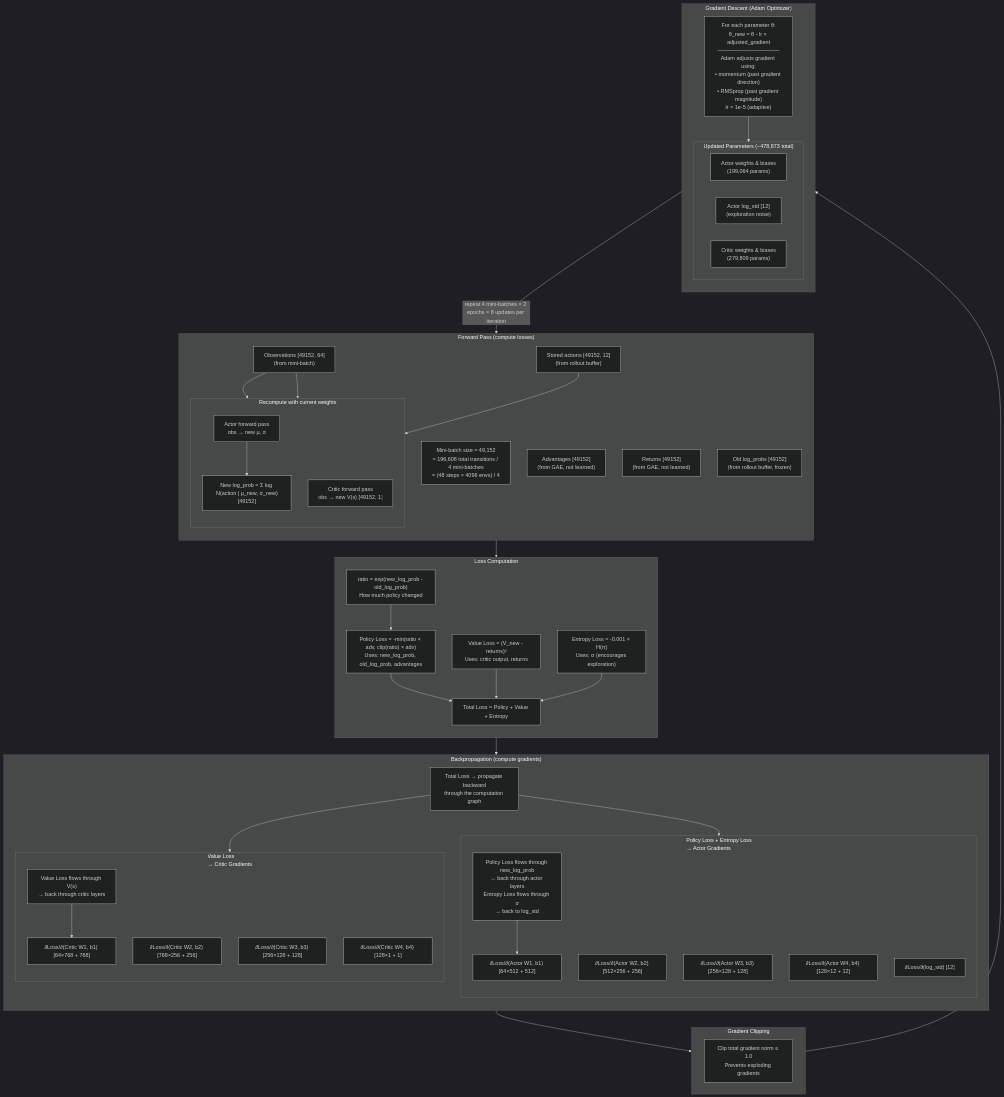
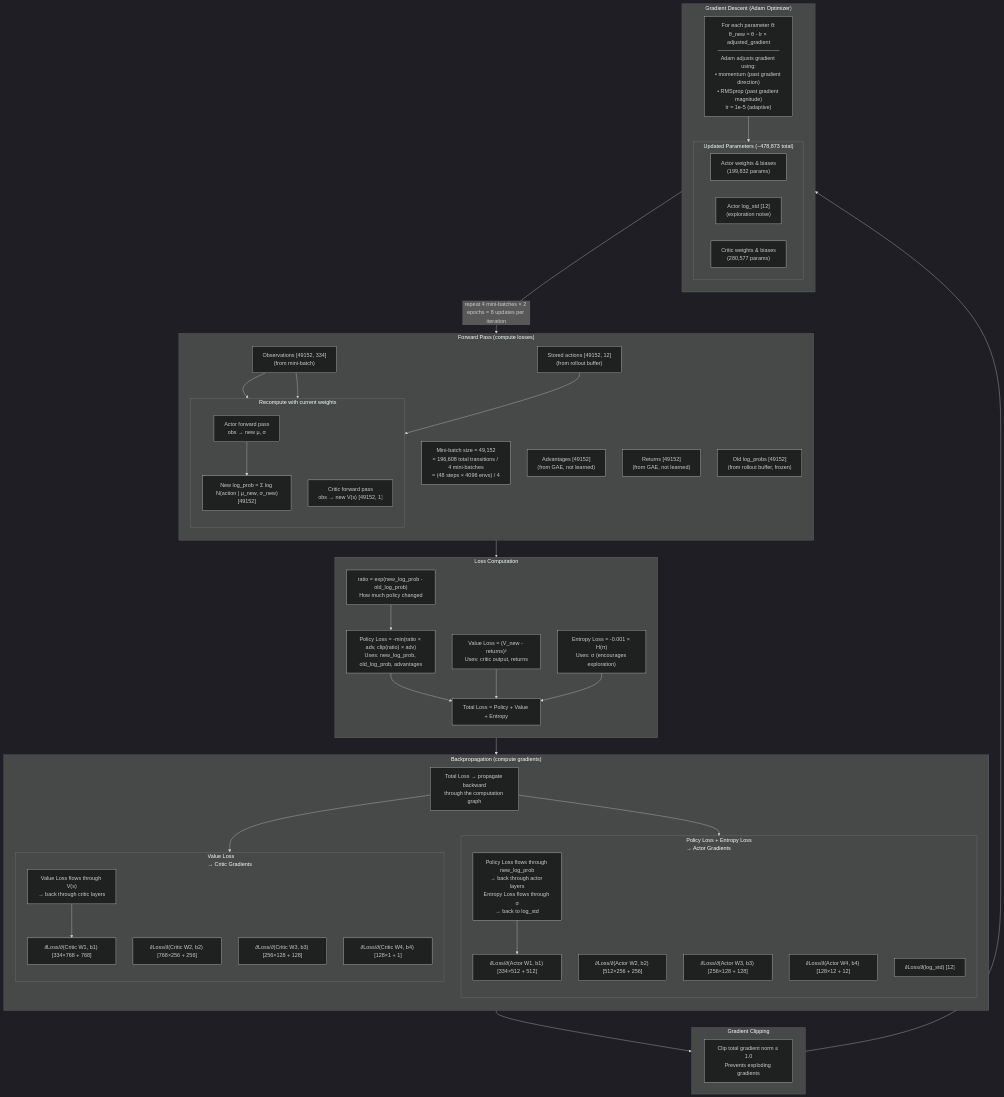
Before and after one commit to armmarov/armrobot: the sixth of 9 diagrams in docs/PPO_NETWORK.md, drawn with Mermaid (dark theme). The commit also changed other lines of this file and 14 other files, not shown here.

````diff
--- a/docs/PPO_NETWORK.md
+++ b/docs/PPO_NETWORK.md
@@ -219,81 +219,81 @@
 ```mermaid
 flowchart TB
     subgraph FORWARD["Forward Pass (compute losses)"]
         direction TB
         F_NOTE["Mini-batch size = 49,152<br/>= 196,608 total transitions / 4 mini-batches<br/>= (48 steps × 4096 envs) / 4"]
-        F_OBS["Observations [49152, 64]<br/>(from mini-batch)"]
+        F_OBS["Observations [49152, 334]<br/>(from mini-batch)"]
         F_ACT["Stored actions [49152, 12]<br/>(from rollout buffer)"]
         F_ADV["Advantages [49152]<br/>(from GAE, not learned)"]
         F_RET["Returns [49152]<br/>(from GAE, not learned)"]
         F_OLDLP["Old log_probs [49152]<br/>(from rollout buffer, frozen)"]
 
         subgraph RECOMPUTE["Recompute with current weights"]
             direction TB
             R_ACTOR["Actor forward pass<br/>obs → new μ, σ"]
             R_NEWLP["New log_prob = Σ log N(action | μ_new, σ_new)<br/>[49152]"]
             R_CRITIC["Critic forward pass<br/>obs → new V(s) [49152, 1]"]
             R_ACTOR --> R_NEWLP
         end
 
         F_OBS --> R_ACTOR
         F_OBS --> R_CRITIC
         F_ACT --> R_NEWLP
     end
 
     subgraph LOSS["Loss Computation"]
         direction TB
         L_RATIO["ratio = exp(new_log_prob - old_log_prob)<br/>How much policy changed"]
         L_POLICY["Policy Loss = -min(ratio × adv, clip(ratio) × adv)<br/>Uses: new_log_prob, old_log_prob, advantages"]
         L_VALUE["Value Loss = (V_new - returns)²<br/>Uses: critic output, returns"]
         L_ENTROPY["Entropy Loss = -0.001 × H(π)<br/>Uses: σ (encourages exploration)"]
         L_TOTAL["Total Loss = Policy + Value + Entropy"]
         L_RATIO --> L_POLICY --> L_TOTAL
         L_VALUE --> L_TOTAL
         L_ENTROPY --> L_TOTAL
     end
 
     subgraph BACKWARD["Backpropagation (compute gradients)"]
         direction TB
         B1["Total Loss → propagate backward<br/>through the computation graph"]
         subgraph ACTOR_GRAD["Policy Loss + Entropy Loss<br/>→ Actor Gradients"]
             direction TB
             AG_NOTE["Policy Loss flows through new_log_prob<br/>→ back through actor layers<br/>Entropy Loss flows through σ<br/>→ back to log_std"]
-            AG1["∂Loss/∂(Actor W1, b1) [64×512 + 512]"]
+            AG1["∂Loss/∂(Actor W1, b1) [334×512 + 512]"]
             AG2["∂Loss/∂(Actor W2, b2) [512×256 + 256]"]
             AG3["∂Loss/∂(Actor W3, b3) [256×128 + 128]"]
             AG4["∂Loss/∂(Actor W4, b4) [128×12 + 12]"]
             AG5["∂Loss/∂(log_std) [12]"]
             AG_NOTE --> AG1
         end
         subgraph CRITIC_GRAD["Value Loss<br/>→ Critic Gradients"]
             direction TB
             CG_NOTE["Value Loss flows through V(s)<br/>→ back through critic layers"]
-            CG1["∂Loss/∂(Critic W1, b1) [64×768 + 768]"]
+            CG1["∂Loss/∂(Critic W1, b1) [334×768 + 768]"]
             CG2["∂Loss/∂(Critic W2, b2) [768×256 + 256]"]
             CG3["∂Loss/∂(Critic W3, b3) [256×128 + 128]"]
             CG4["∂Loss/∂(Critic W4, b4) [128×1 + 1]"]
             CG_NOTE --> CG1
         end
         B1 --> ACTOR_GRAD
         B1 --> CRITIC_GRAD
     end
 
     subgraph CLIP_GRAD["Gradient Clipping"]
         GC["Clip total gradient norm ≤ 1.0<br/>Prevents exploding gradients"]
     end
 
     subgraph UPDATE["Gradient Descent (Adam Optimizer)"]
         direction TB
         U1["For each parameter θ:<br/>θ_new = θ - lr × adjusted_gradient<br/>────────────────<br/>Adam adjusts gradient using:<br/>• momentum (past gradient direction)<br/>• RMSprop (past gradient magnitude)<br/>lr = 1e-5 (adaptive)"]
         subgraph UPDATED["Updated Parameters (~478,873 total)"]
             direction LR
-            UP1["Actor weights & biases<br/>(199,064 params)"]
+            UP1["Actor weights & biases<br/>(199,832 params)"]
             UP2["Actor log_std [12]<br/>(exploration noise)"]
-            UP3["Critic weights & biases<br/>(279,809 params)"]
+            UP3["Critic weights & biases<br/>(280,577 params)"]
         end
         U1 --> UPDATED
     end
 
     FORWARD --> LOSS --> BACKWARD --> CLIP_GRAD --> UPDATE
     UPDATE -->|"repeat 4 mini-batches × 2 epochs = 8 updates per iteration"| FORWARD
 ```
````
